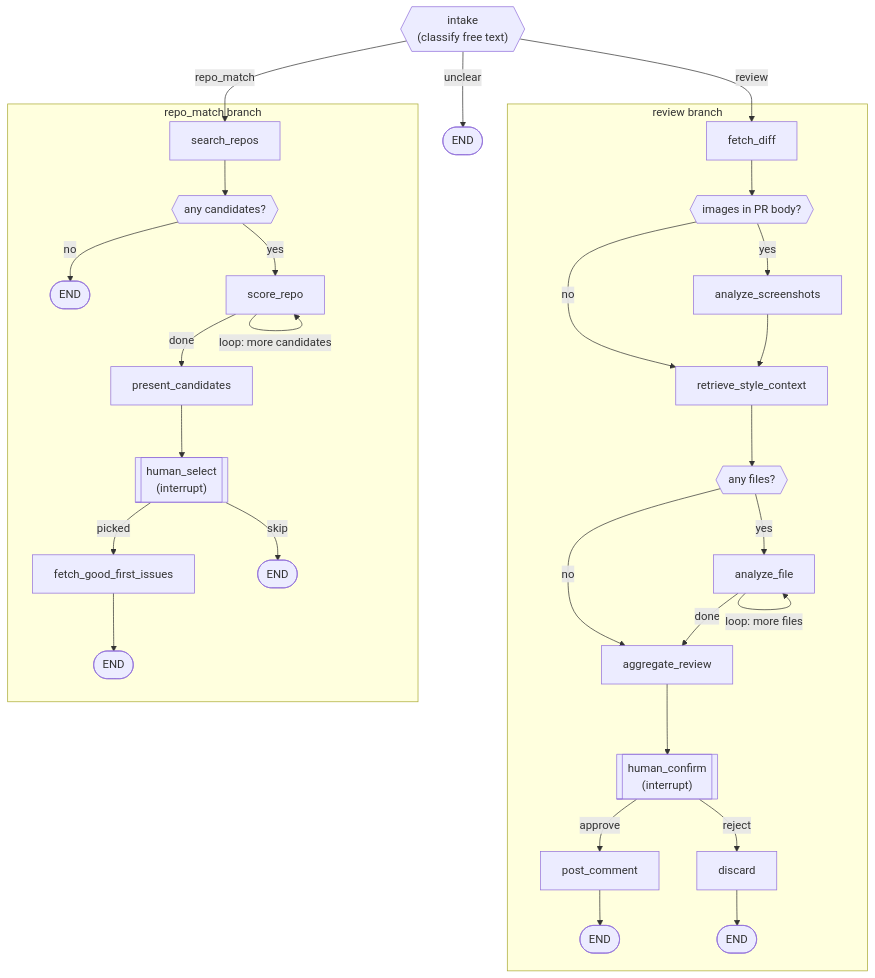
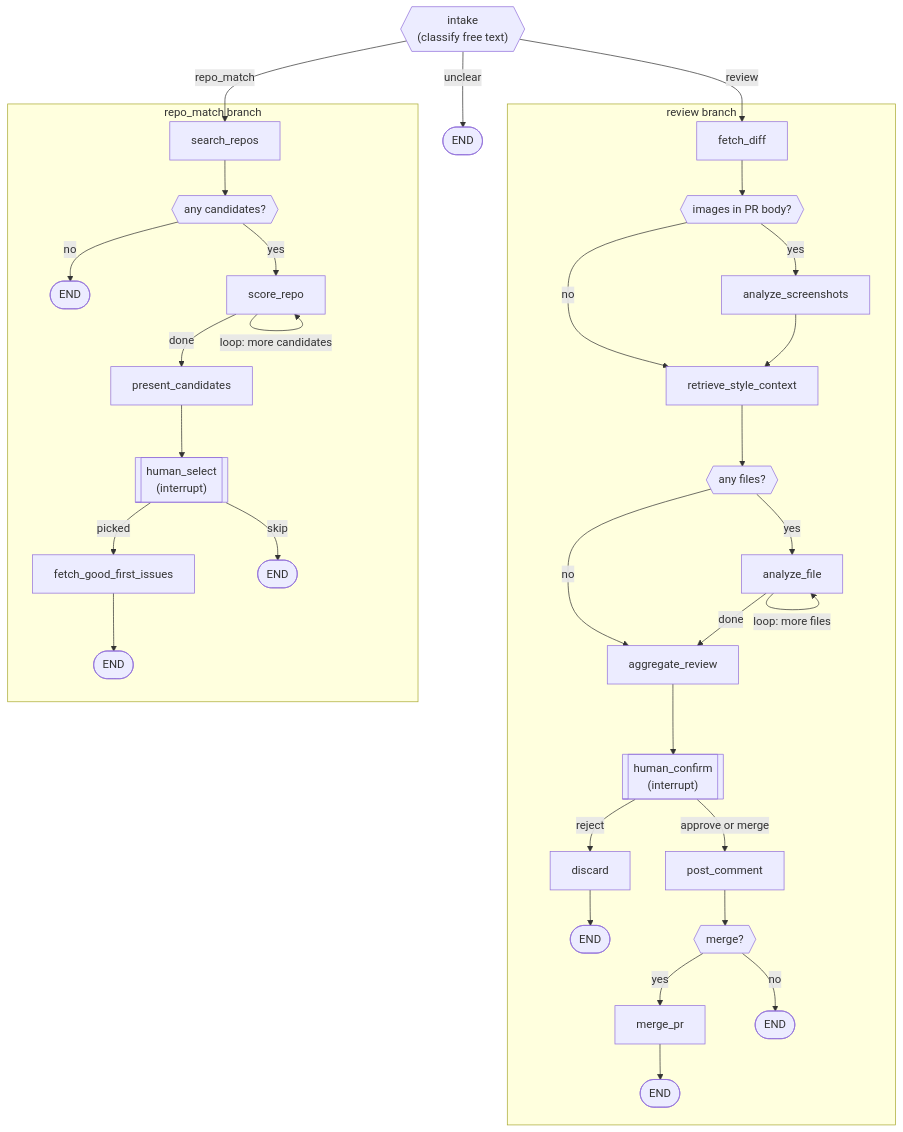
Before and after one commit to Dantes19xx/oss_copilot: the second of 2 diagrams in ARCHITECTURE.md, drawn with Mermaid. The commit also changed other lines of this file and 10 other files, not shown here.

First line of the commit message:
Add merge PR action; fix unrecognized human_confirm reply silently discarding

````diff
--- a/ARCHITECTURE.md
+++ b/ARCHITECTURE.md
@@ -104,31 +112,34 @@
 ```mermaid
 flowchart TB
     intake{{"intake<br/>(classify free text)"}}
     intake -->|review| fetch_diff
     intake -->|repo_match| search_repos
     intake -->|unclear| END1(["END"])
 
     subgraph "review branch"
         fetch_diff --> route1{{"images in PR body?"}}
         route1 -->|yes| analyze_screenshots --> retrieve_style_context
         route1 -->|no| retrieve_style_context
         retrieve_style_context --> route2{{"any files?"}}
         route2 -->|yes| analyze_file
         analyze_file -->|"loop: more files"| analyze_file
         analyze_file -->|done| aggregate_review
         route2 -->|no| aggregate_review
         aggregate_review --> human_confirm[["human_confirm<br/>(interrupt)"]]
-        human_confirm -->|approve| post_comment --> END2(["END"])
+        human_confirm -->|approve or merge| post_comment
         human_confirm -->|reject| discard --> END3(["END"])
+        post_comment --> mergeRoute{{"merge?"}}
+        mergeRoute -->|yes| merge_pr --> END7(["END"])
+        mergeRoute -->|no| END2(["END"])
     end
 
     subgraph "repo_match branch"
         search_repos --> route3{{"any candidates?"}}
         route3 -->|no| END4(["END"])
         route3 -->|yes| score_repo
         score_repo -->|"loop: more candidates"| score_repo
         score_repo -->|done| present_candidates --> human_select[["human_select<br/>(interrupt)"]]
         human_select -->|picked| fetch_good_first_issues --> END5(["END"])
         human_select -->|skip| END6(["END"])
     end
 ```
````
